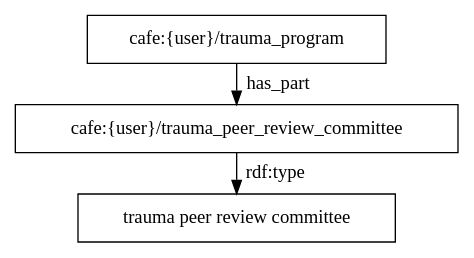
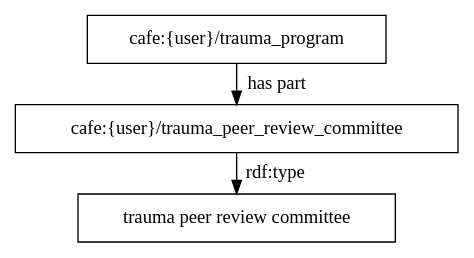
Before and after one commit to utecht/dideo-server: the diagram in cafe/graphs/11.dot, drawn with Graphviz. The commit also changed 9 other files, not shown here.

Commit message:
update generate graphs to remove fake predicates

```diff
--- a/cafe/graphs/11.dot
+++ b/cafe/graphs/11.dot
@@ -1,5 +1,5 @@
 digraph g { node [shape=rectangle];
 graph [splines=true, nodesep=.5, ranksep=0, overlap=false];
-"cafe:{user}/trauma_program" -> "cafe:{user}/trauma_peer_review_committee" [label="has_part"]
+"cafe:{user}/trauma_program" -> "cafe:{user}/trauma_peer_review_committee" [label="has part"]
 "cafe:{user}/trauma_peer_review_committee" -> "trauma peer review committee" [label="rdf:type"]
 }
```
